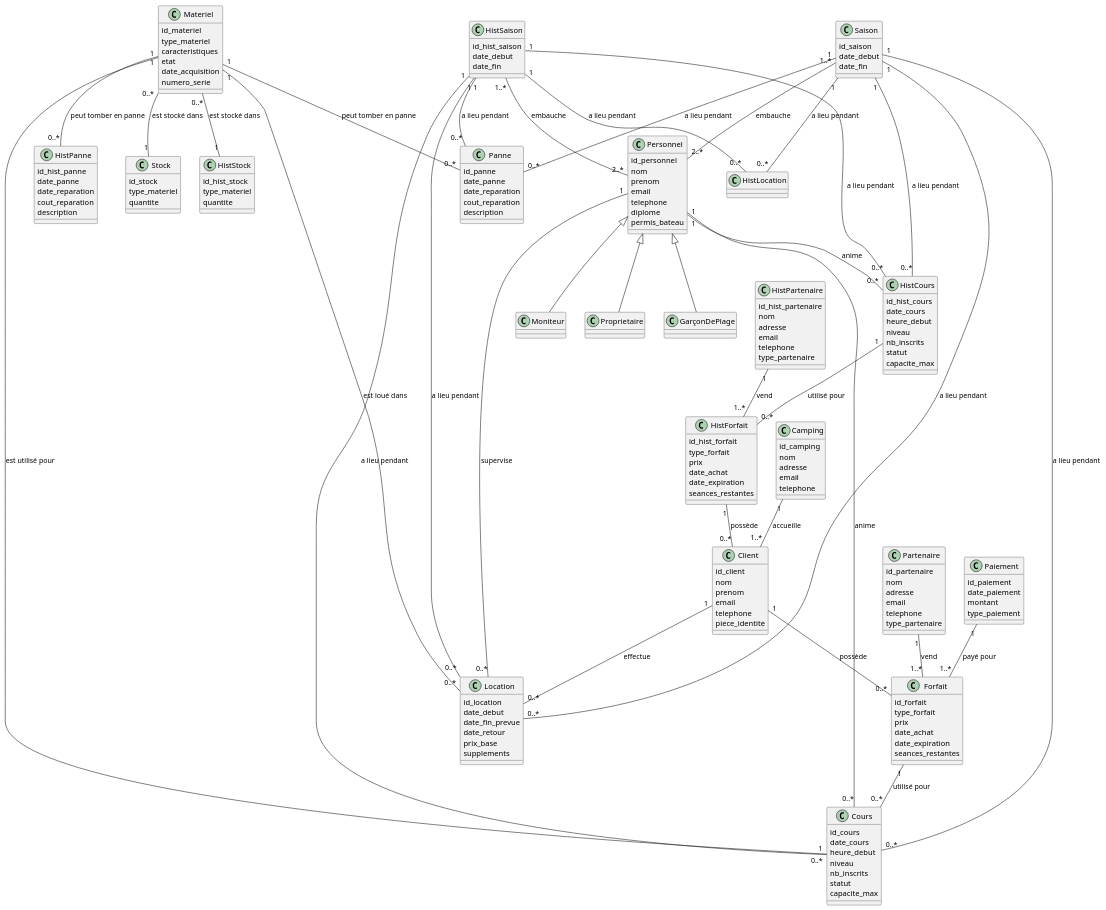
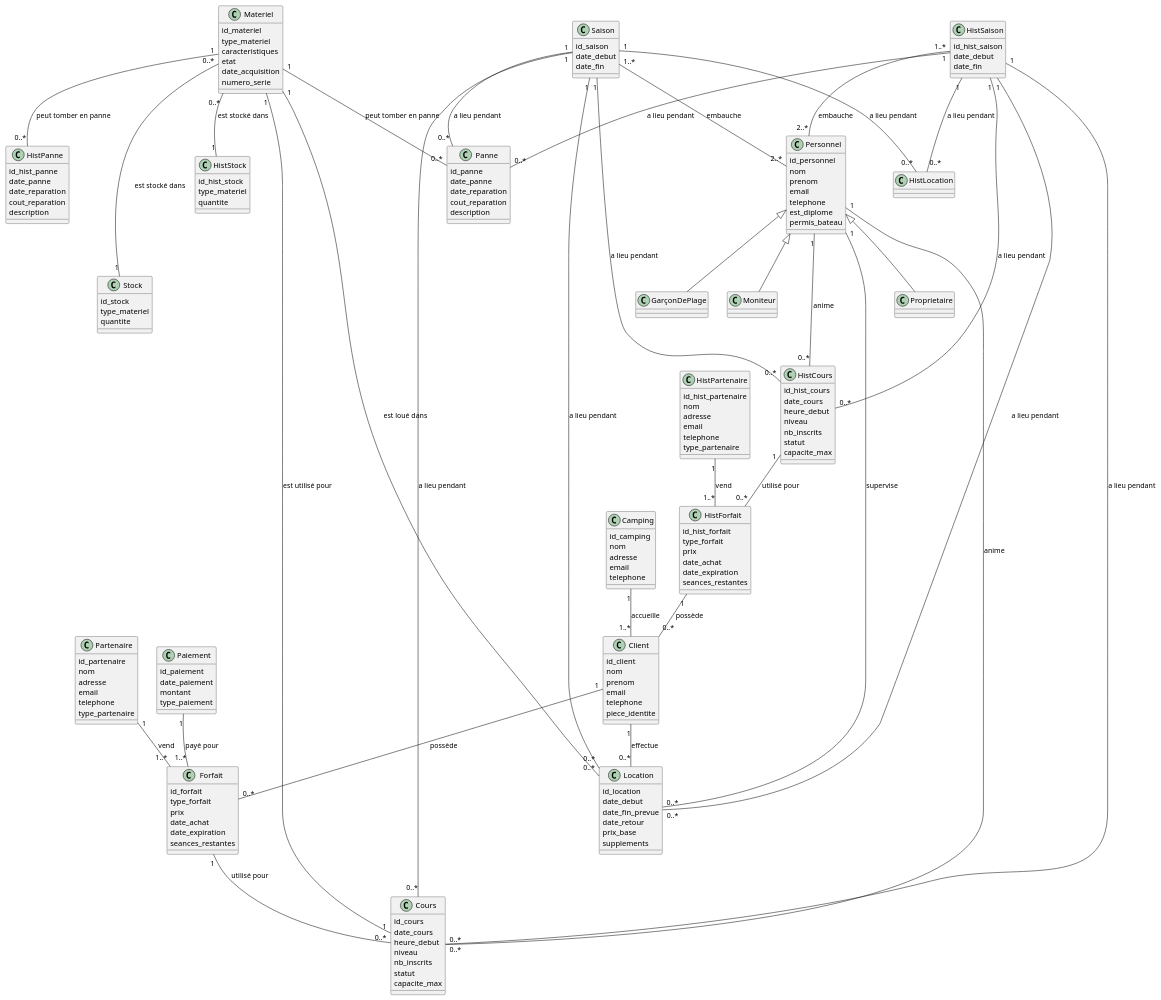
Before and after one commit to Hugo-COLLIN/MIAGE_CSI_NauticalClub: the diagram in docs/1-analysis/generalDesignClassDiagram.puml, drawn with PlantUML.

Commit message:
docs: generation tries

```diff
--- a/docs/1-analysis/generalDesignClassDiagram.puml
+++ b/docs/1-analysis/generalDesignClassDiagram.puml
@@ -1,190 +1,190 @@
 @startuml
     class Personnel {
         id_personnel
         nom
         prenom
         email
         telephone
-        diplome
+        est_diplome
         permis_bateau
     }
 
     class GarçonDePlage extends Personnel {
     }
 
     class Moniteur extends Personnel {
     }
 
     class Proprietaire extends Personnel {
     }
 
     class Saison {
         id_saison
         date_debut
         date_fin
     }
 
     class HistSaison {
         id_hist_saison
         date_debut
         date_fin
     }
 
     class Client {
         id_client
         nom
         prenom
         email
         telephone
         piece_identite
     }
 
     class Materiel {
         id_materiel
         type_materiel
         caracteristiques
         etat
         date_acquisition
         numero_serie
     }
 
     class Forfait {
         id_forfait
         type_forfait
         prix
         date_achat
         date_expiration
         seances_restantes
     }
 
     class Partenaire {
         id_partenaire
         nom
         adresse
         email
         telephone
         type_partenaire
     }
 
     class HistPartenaire {
         id_hist_partenaire
         nom
         adresse
         email
         telephone
         type_partenaire
     }
 
     class Camping {
         id_camping
         nom
         adresse
         email
         telephone
     }
 
     class HistForfait {
         id_hist_forfait
         type_forfait
         prix
         date_achat
         date_expiration
         seances_restantes
     }
 
     class Cours {
         id_cours
         date_cours
         heure_debut
         niveau
         nb_inscrits
         statut
         capacite_max
     }
 
     class HistCours {
         id_hist_cours
         date_cours
         heure_debut
         niveau
         nb_inscrits
         statut
         capacite_max
     }
 
     class Location {
         id_location
         date_debut
         date_fin_prevue
         date_retour
         prix_base
         supplements
     }
 
     class Panne {
         id_panne
         date_panne
         date_reparation
         cout_reparation
         description
     }
 
     class HistPanne {
         id_hist_panne
         date_panne
         date_reparation
         cout_reparation
         description
     }
 
     class Stock {
         id_stock
         type_materiel
         quantite
     }
 
     class HistStock {
         id_hist_stock
         type_materiel
         quantite
     }
 
     class Paiement {
         id_paiement
         date_paiement
         montant
         type_paiement
     }
 
     Client "1" -- "0..*" Forfait: possède
     Client "1" -- "0..*" Location: effectue
     Personnel "1" -- "0..*" Cours: anime
     Materiel "1" -- "0..*" Location: est loué dans
     Forfait "1" -- "0..*" Cours: utilisé pour
     Personnel "1" -- "0..*" Location: supervise
     Materiel "1" -- "0..*" Panne: peut tomber en panne
     Materiel "1" -- "0..*" HistPanne: peut tomber en panne
-    Materiel "0..*" -- "1" Stock: est stocké dans
+    Materiel "0..*" --- "1" Stock: est stocké dans
     Materiel "0..*" -- "1" HistStock: est stocké dans
     HistCours "1" -- "0..*" HistForfait: utilisé pour
-    Personnel "1" -- "0..*" HistCours : anime
+    Personnel "1" --- "0..*" HistCours : anime
     HistForfait "1" -- "0..*" Client: possède
     Partenaire "1" -- "1..*" Forfait: vend
     HistPartenaire "1" -- "1..*" HistForfait: vend
     Camping "1" -- "1..*" Client: accueille
     Materiel "1" - "1" Cours: est utilisé pour
     Paiement "1" -- "1..*" Forfait: payé pour
     Saison "1..*" -- "2..*" Personnel: embauche
     Saison "1" -- "0..*" Cours: a lieu pendant
     Saison "1" -- "0..*" Location: a lieu pendant
     Saison "1" -- "0..*" Panne: a lieu pendant
     Saison "1" -- "0..*" HistCours: a lieu pendant
     Saison "1" -- "0..*" HistLocation: a lieu pendant
     HistSaison "1..*" -- "2..*" Personnel: embauche
     HistSaison "1" -- "0..*" Cours: a lieu pendant
-    HistSaison "1" - "0..*" Location: a lieu pendant
+    HistSaison "1" -- "0..*" Location: a lieu pendant
     HistSaison "1" -- "0..*" Panne: a lieu pendant
     HistSaison "1" -- "0..*" HistCours: a lieu pendant
     HistSaison "1" -- "0..*" HistLocation: a lieu pendant
 
 @enduml
```
